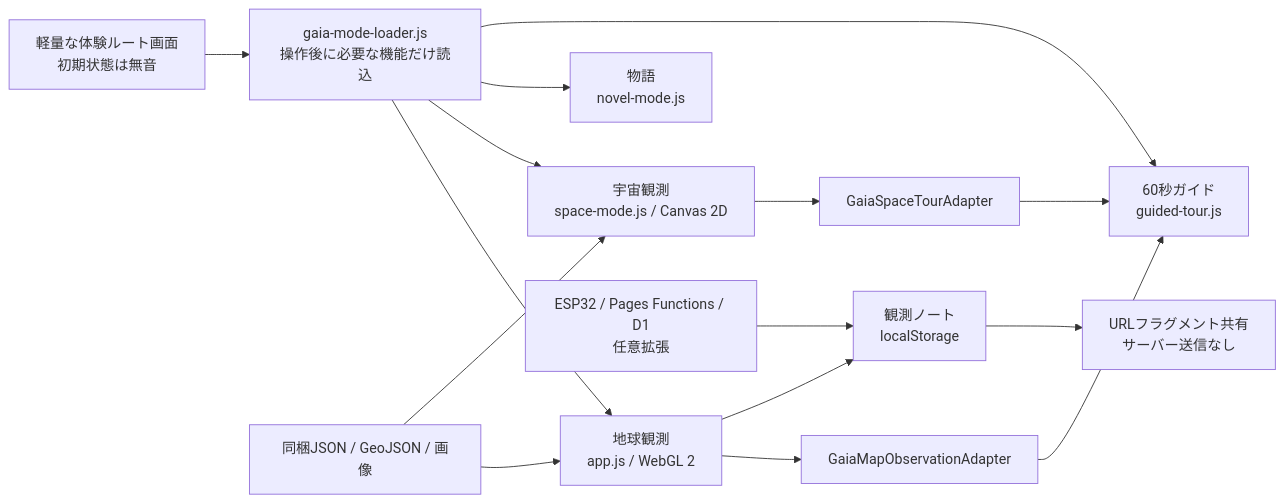
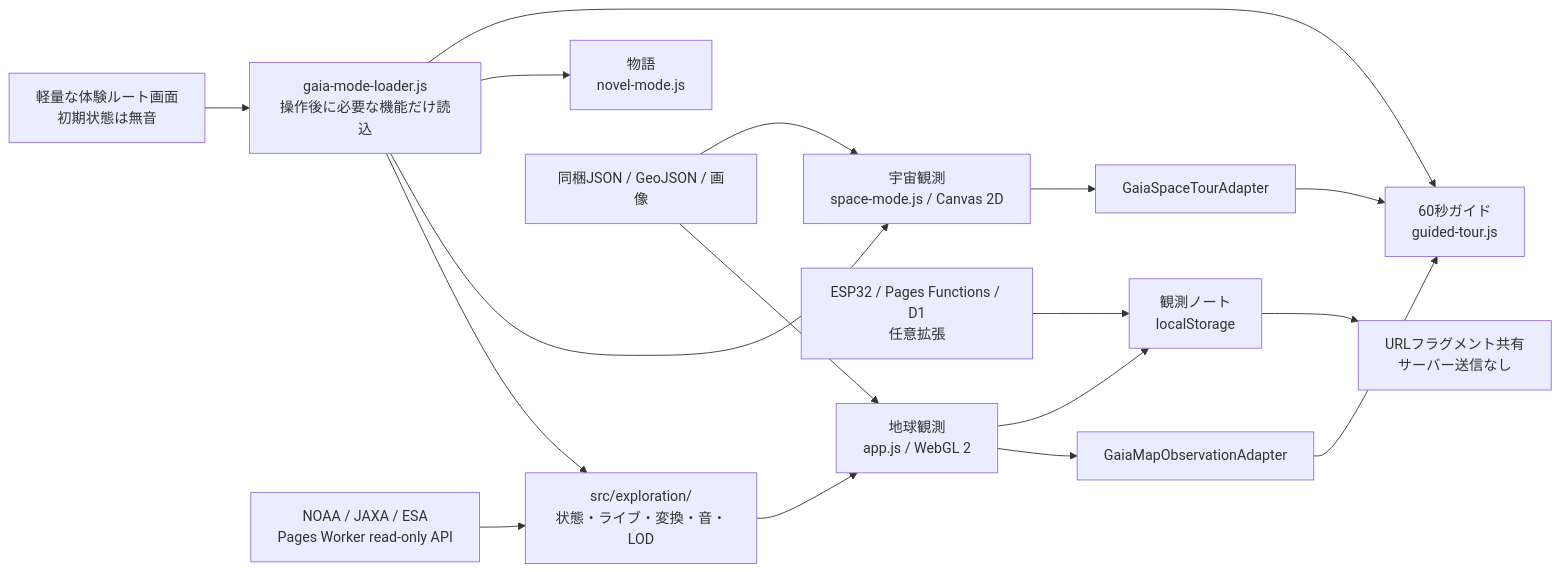
One commit to hinahina-vr/gaia-senseware changed the diagram in docs/ARCHITECTURE.md. Above: the diagram before and after it, drawn with Mermaid. The commit also changed other lines of this file and 36 other files, not shown here.

````diff
--- a/docs/ARCHITECTURE.md
+++ b/docs/ARCHITECTURE.md
@@ -7,17 +7,19 @@
 ```mermaid
 flowchart LR
   Entry["軽量な体験ルート画面<br/>初期状態は無音"] --> Loader["gaia-mode-loader.js<br/>操作後に必要な機能だけ読込"]
-  Loader --> Map["地球観測<br/>app.js / WebGL 2"]
+  Loader --> Explore["src/exploration/<br/>状態・ライブ・変換・音・LOD"]
+  Explore --> Map["地球観測<br/>app.js / WebGL 2"]
   Loader --> Space["宇宙観測<br/>space-mode.js / Canvas 2D"]
   Loader --> Story["物語<br/>novel-mode.js"]
   Loader --> Tour["60秒ガイド<br/>guided-tour.js"]
   Map --> MapAdapter[GaiaMapObservationAdapter]
   Space --> SpaceAdapter[GaiaSpaceTourAdapter]
   MapAdapter --> Tour
   SpaceAdapter --> Tour
   Snapshot[同梱JSON / GeoJSON / 画像] --> Map
   Snapshot --> Space
+  Live["NOAA / JAXA / ESA<br/>Pages Worker read-only API"] --> Explore
   Map --> Notebook["観測ノート<br/>localStorage"]
   Sensor["ESP32 / Pages Functions / D1<br/>任意拡張"] --> Notebook
   Notebook --> Share["URLフラグメント共有<br/>サーバー送信なし"]
 ```
````
